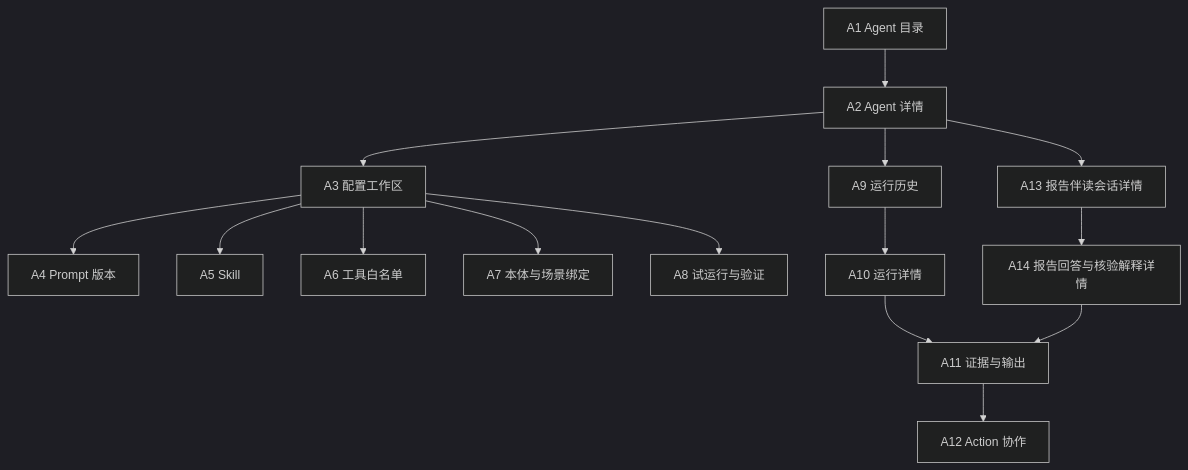
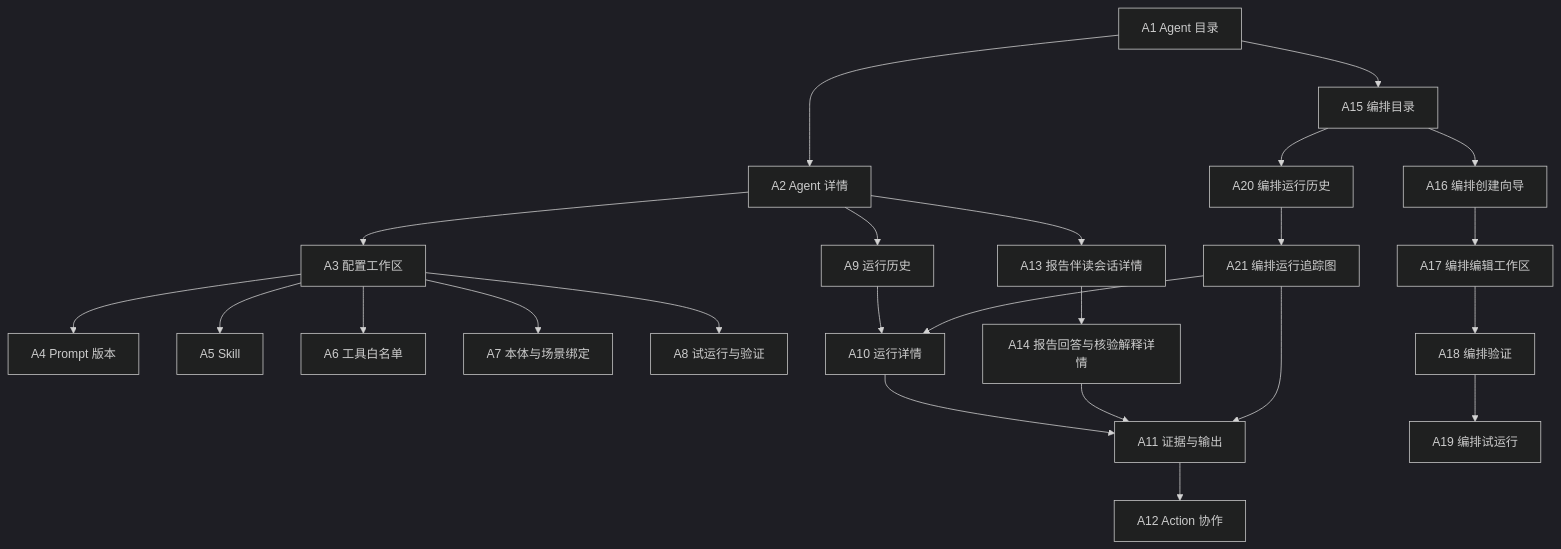
The second of 2 diagrams in deliverables/新项目功能设计-阶段5Agent应用-v0.1.md (unazdoo/ontology3.0), drawn with Mermaid (dark theme) before and after one commit. The commit also changed other lines of this file and 1049 other files, not shown here.

````diff
--- a/deliverables/新项目功能设计-阶段5Agent应用-v0.1.md
+++ b/deliverables/新项目功能设计-阶段5Agent应用-v0.1.md
@@ -640,17 +800,26 @@
 ```mermaid
 flowchart TB
     A1["A1 Agent 目录"] --> A2["A2 Agent 详情"]
     A2 --> A3["A3 配置工作区"]
     A3 --> A4["A4 Prompt 版本"]
     A3 --> A5["A5 Skill"]
     A3 --> A6["A6 工具白名单"]
     A3 --> A7["A7 本体与场景绑定"]
     A3 --> A8["A8 试运行与验证"]
     A2 --> A9["A9 运行历史"]
     A9 --> A10["A10 运行详情"]
     A10 --> A11["A11 证据与输出"]
     A11 --> A12["A12 Action 协作"]
     A2 --> A13["A13 报告伴读会话详情"]
     A13 --> A14["A14 报告回答与核验解释详情"]
     A14 --> A11
+    A1 --> A15["A15 编排目录"]
+    A15 --> A16["A16 编排创建向导"]
+    A16 --> A17["A17 编排编辑工作区"]
+    A17 --> A18["A18 编排验证"]
+    A18 --> A19["A19 编排试运行"]
+    A15 --> A20["A20 编排运行历史"]
+    A20 --> A21["A21 编排运行追踪图"]
+    A21 --> A10
+    A21 --> A11
 ```
````
